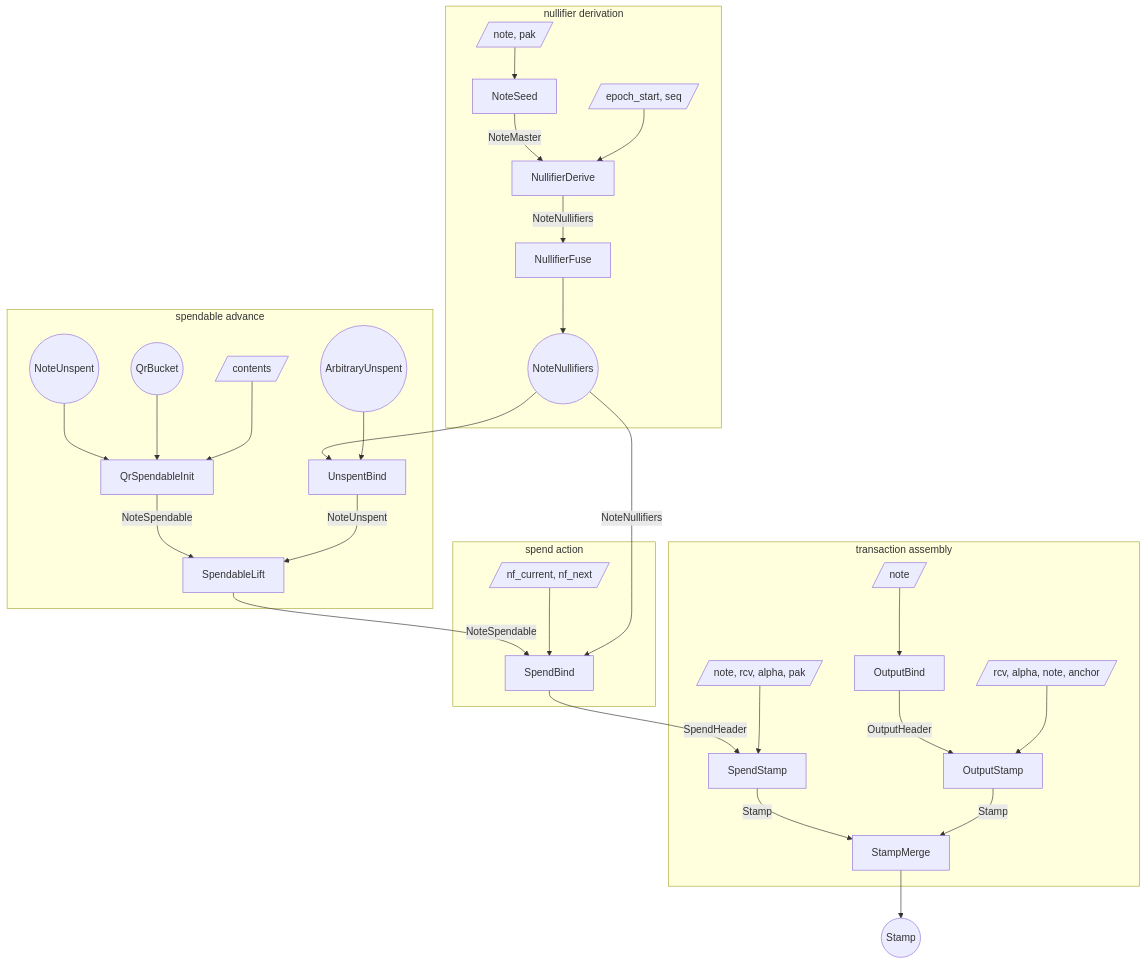
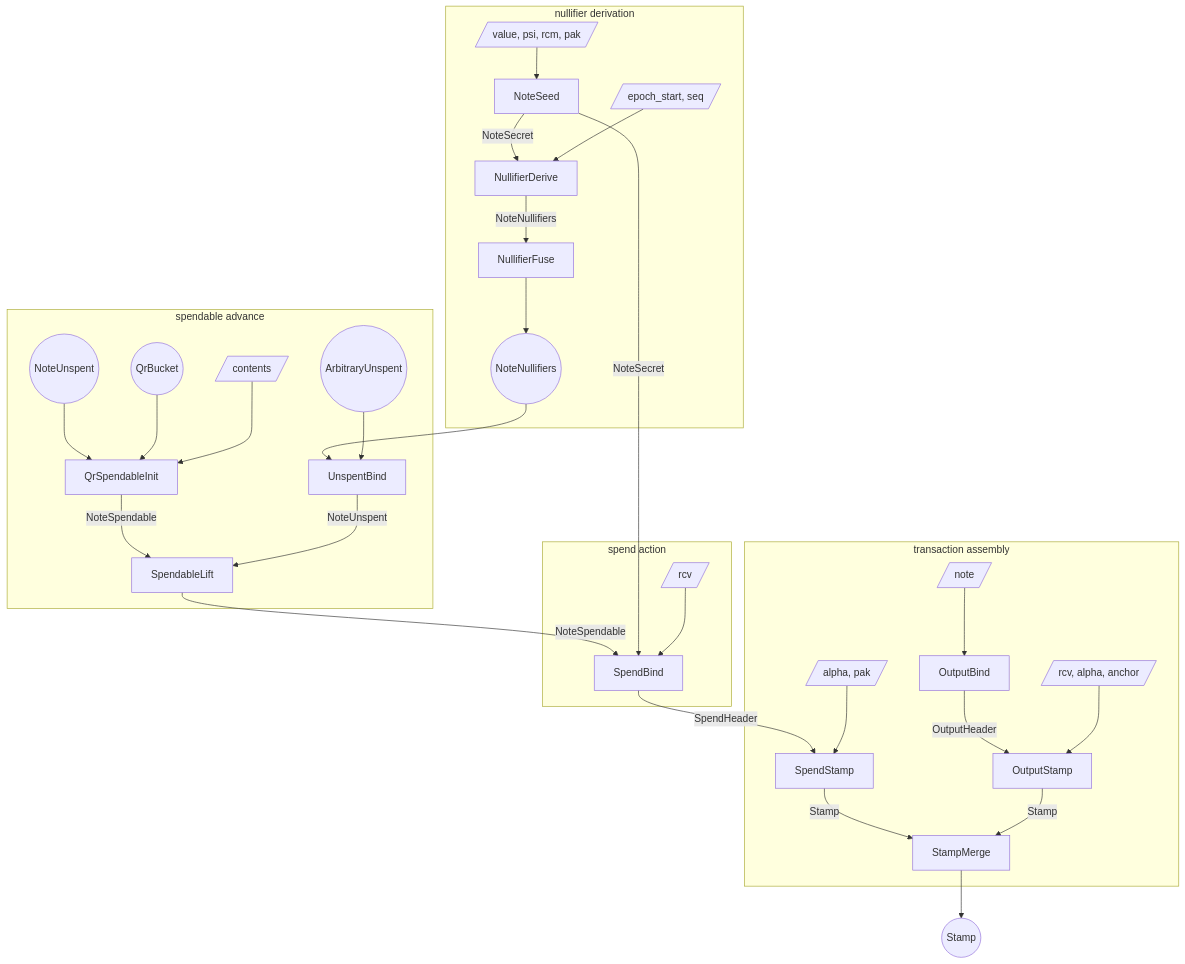
The first of 3 diagrams in book/src/proof-tree.md (alxiong/tachyon), drawn with Mermaid before and after one commit. The commit also changed other lines of this file and 13 other files, not shown here.

First line of the commit message:
refactor: two proof steps per action, value committed in the bind steps (#217)

````diff
--- a/book/src/proof-tree.md
+++ b/book/src/proof-tree.md
@@ -296,65 +308,65 @@
 ```mermaid
 flowchart TB
   subgraph derive [nullifier derivation]
-    w_seed[/note, pak/]
+    w_seed[/value, psi, rcm, pak/]
     s_seed[NoteSeed]
     w_window[/epoch_start, seq/]
     s_window[NullifierDerive]
     s_dfuse[NullifierFuse]
     nf_range((NoteNullifiers))
   end
 
   subgraph spendable [spendable advance]
     bucket_in((QrBucket))
     creation_in((NoteUnspent))
     w_init[/contents/]
     s_init[QrSpendableInit]
     unspent_in((ArbitraryUnspent))
     s_unspentbind[UnspentBind]
     s_lift[SpendableLift]
   end
 
   subgraph spend_stamp [spend action]
-    w_bind[/nf_current, nf_next/]
+    w_bind[/rcv/]
     s_bind[SpendBind]
   end
 
   subgraph merge [transaction assembly]
-    w_stamp[/note, rcv, alpha, pak/]
+    w_stamp[/alpha, pak/]
     s_spendstamp[SpendStamp]
     w_outbind[/note/]
     s_outbind[OutputBind]
-    w_output[/rcv, alpha, note, anchor/]
+    w_output[/rcv, alpha, anchor/]
     s_output[OutputStamp]
     s_merge[StampMerge]
   end
 
   stamp_out((Stamp))
 
   w_seed --> s_seed
-  s_seed -->|NoteMaster| s_window
+  s_seed -->|NoteSecret| s_window
   w_window --> s_window
   s_window -->|NoteNullifiers| s_dfuse
   s_dfuse --> nf_range
 
   creation_in --> s_init
   bucket_in --> s_init
   w_init --> s_init
   nf_range --> s_unspentbind
   unspent_in --> s_unspentbind
   s_init -->|NoteSpendable| s_lift
   s_unspentbind -->|NoteUnspent| s_lift
   s_lift -->|NoteSpendable| s_bind
 
+  s_seed -->|NoteSecret| s_bind
   w_bind --> s_bind
-  nf_range -->|NoteNullifiers| s_bind
   s_bind -->|SpendHeader| s_spendstamp
   w_stamp --> s_spendstamp
 
   w_outbind --> s_outbind
   s_outbind -->|OutputHeader| s_output
   w_output --> s_output
   s_spendstamp -->|Stamp| s_merge
   s_output -->|Stamp| s_merge
   s_merge --> stamp_out
 ```
````
